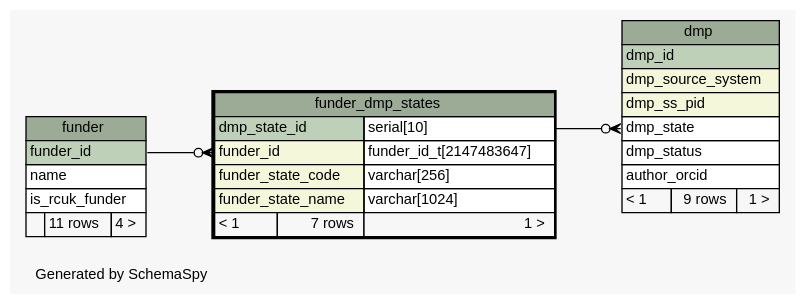
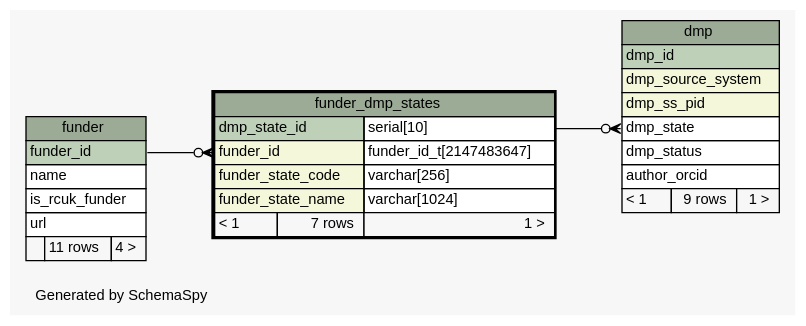
The diagram in ss.out/diagrams/funder_dmp_states.1degree.dot (lulibrary/dmao_infrastructure), drawn with Graphviz before and after one commit. The commit also changed 120 other files, not shown here.

```diff
--- a/ss.out/diagrams/funder_dmp_states.1degree.dot
+++ b/ss.out/diagrams/funder_dmp_states.1degree.dot
@@ -1,64 +1,65 @@
-// dot 2.36.0 on Linux 3.13.0-62-generic
+// dot 2.38.0 on Linux 3.16.0-4-amd64
 // SchemaSpy rev 590
 digraph "oneDegreeRelationshipsDiagram" {
   graph [
     rankdir="RL"
     bgcolor="#f7f7f7"
     label="\nGenerated by SchemaSpy"
     labeljust="l"
     nodesep="0.18"
     ranksep="0.46"
     fontname="Helvetica"
     fontsize="11"
   ];
   node [
     fontname="Helvetica"
     fontsize="11"
     shape="plaintext"
   ];
   edge [
     arrowsize="0.8"
   ];
   "dmp":"dmp_state":w -> "funder_dmp_states":"dmp_state_id.type":e [arrowhead=none dir=back arrowtail=crowodot];
   "funder_dmp_states":"funder_id":w -> "funder":"funder_id":e [arrowhead=none dir=back arrowtail=crowodot];
   "dmp" [
     label=<
     <TABLE BORDER="0" CELLBORDER="1" CELLSPACING="0" BGCOLOR="#ffffff">
       <TR><TD COLSPAN="3" BGCOLOR="#9bab96" ALIGN="CENTER">dmp</TD></TR>
       <TR><TD PORT="dmp_id" COLSPAN="3" BGCOLOR="#bed1b8" ALIGN="LEFT">dmp_id</TD></TR>
       <TR><TD PORT="dmp_source_system" COLSPAN="3" BGCOLOR="#f4f7da" ALIGN="LEFT">dmp_source_system</TD></TR>
       <TR><TD PORT="dmp_ss_pid" COLSPAN="3" BGCOLOR="#f4f7da" ALIGN="LEFT">dmp_ss_pid</TD></TR>
       <TR><TD PORT="dmp_state" COLSPAN="3" ALIGN="LEFT">dmp_state</TD></TR>
       <TR><TD PORT="dmp_status" COLSPAN="3" ALIGN="LEFT">dmp_status</TD></TR>
       <TR><TD PORT="author_orcid" COLSPAN="3" ALIGN="LEFT">author_orcid</TD></TR>
       <TR><TD ALIGN="LEFT" BGCOLOR="#f7f7f7">&lt; 1</TD><TD ALIGN="RIGHT" BGCOLOR="#f7f7f7">9 rows</TD><TD ALIGN="RIGHT" BGCOLOR="#f7f7f7">1 &gt;</TD></TR>
     </TABLE>>
     URL="dmp.html"
     tooltip="dmp"
   ];
   "funder" [
     label=<
     <TABLE BORDER="0" CELLBORDER="1" CELLSPACING="0" BGCOLOR="#ffffff">
       <TR><TD COLSPAN="3" BGCOLOR="#9bab96" ALIGN="CENTER">funder</TD></TR>
       <TR><TD PORT="funder_id" COLSPAN="3" BGCOLOR="#bed1b8" ALIGN="LEFT">funder_id</TD></TR>
       <TR><TD PORT="name" COLSPAN="3" ALIGN="LEFT">name</TD></TR>
       <TR><TD PORT="is_rcuk_funder" COLSPAN="3" ALIGN="LEFT">is_rcuk_funder</TD></TR>
+      <TR><TD PORT="url" COLSPAN="3" ALIGN="LEFT">url</TD></TR>
       <TR><TD ALIGN="LEFT" BGCOLOR="#f7f7f7">  </TD><TD ALIGN="RIGHT" BGCOLOR="#f7f7f7">11 rows</TD><TD ALIGN="RIGHT" BGCOLOR="#f7f7f7">4 &gt;</TD></TR>
     </TABLE>>
     URL="funder.html"
     tooltip="funder"
   ];
   "funder_dmp_states" [
     label=<
     <TABLE BORDER="2" CELLBORDER="1" CELLSPACING="0" BGCOLOR="#ffffff">
       <TR><TD COLSPAN="3" BGCOLOR="#9bab96" ALIGN="CENTER">funder_dmp_states</TD></TR>
       <TR><TD PORT="dmp_state_id" COLSPAN="2" BGCOLOR="#bed1b8" ALIGN="LEFT">dmp_state_id</TD><TD PORT="dmp_state_id.type" ALIGN="LEFT">serial[10]</TD></TR>
       <TR><TD PORT="funder_id" COLSPAN="2" BGCOLOR="#f4f7da" ALIGN="LEFT">funder_id</TD><TD PORT="funder_id.type" ALIGN="LEFT">funder_id_t[2147483647]</TD></TR>
       <TR><TD PORT="funder_state_code" COLSPAN="2" BGCOLOR="#f4f7da" ALIGN="LEFT">funder_state_code</TD><TD PORT="funder_state_code.type" ALIGN="LEFT">varchar[256]</TD></TR>
       <TR><TD PORT="funder_state_name" COLSPAN="2" BGCOLOR="#f4f7da" ALIGN="LEFT">funder_state_name</TD><TD PORT="funder_state_name.type" ALIGN="LEFT">varchar[1024]</TD></TR>
       <TR><TD ALIGN="LEFT" BGCOLOR="#f7f7f7">&lt; 1</TD><TD ALIGN="RIGHT" BGCOLOR="#f7f7f7">7 rows</TD><TD ALIGN="RIGHT" BGCOLOR="#f7f7f7">1 &gt;</TD></TR>
     </TABLE>>
     URL="funder_dmp_states.html"
     tooltip="funder_dmp_states"
   ];
 }
```
